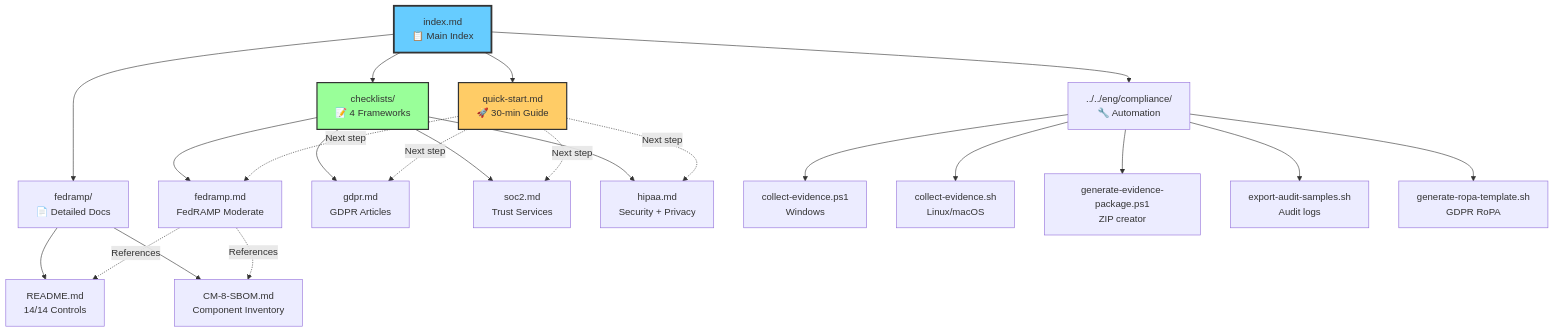
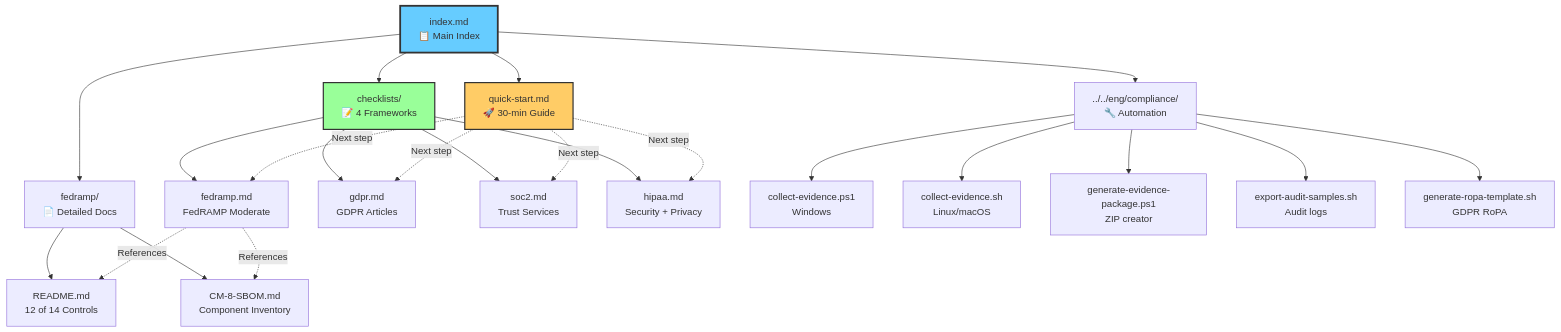
One commit to TrigintaFaces/Excalibur changed the second of 9 diagrams in docs-site/docs/compliance/navigation-guide.md. Above: the diagram before and after it, drawn with Mermaid. The commit also changed other lines of this file and 1853 other files, not shown here.

````diff
--- a/docs-site/docs/compliance/navigation-guide.md
+++ b/docs-site/docs/compliance/navigation-guide.md
@@ -74,33 +74,33 @@
 ```mermaid
 graph TD
     README[index.md<br/>📋 Main Index] --> QuickStart[quick-start.md<br/>🚀 30-min Guide]
     README --> Checklists[checklists/<br/>📝 4 Frameworks]
     README --> Scripts[../../eng/compliance/<br/>🔧 Automation]
     README --> FedRAMPDocs[fedramp/<br/>📄 Detailed Docs]
 
     Checklists --> FedRAMP[fedramp.md<br/>FedRAMP Moderate]
     Checklists --> GDPR[gdpr.md<br/>GDPR Articles]
     Checklists --> SOC2[soc2.md<br/>Trust Services]
     Checklists --> HIPAA[hipaa.md<br/>Security + Privacy]
 
     Scripts --> CollectPS[collect-evidence.ps1<br/>Windows]
     Scripts --> CollectSH[collect-evidence.sh<br/>Linux/macOS]
     Scripts --> Package[generate-evidence-package.ps1<br/>ZIP creator]
     Scripts --> Audit[export-audit-samples.sh<br/>Audit logs]
     Scripts --> RoPA[generate-ropa-template.sh<br/>GDPR RoPA]
 
-    FedRAMPDocs --> FedREADME[README.md<br/>14/14 Controls]
+    FedRAMPDocs --> FedREADME[README.md<br/>12 of 14 Controls]
     FedRAMPDocs --> SBOM[CM-8-SBOM.md<br/>Component Inventory]
 
     FedRAMP -.->|References| FedREADME
     FedRAMP -.->|References| SBOM
 
     QuickStart -.->|Next step| FedRAMP
     QuickStart -.->|Next step| GDPR
     QuickStart -.->|Next step| SOC2
     QuickStart -.->|Next step| HIPAA
 
     style README fill:#6cf,stroke:#333,stroke-width:3px
     style QuickStart fill:#fc6,stroke:#333,stroke-width:2px
     style Checklists fill:#9f9,stroke:#333,stroke-width:2px
 ```
````
